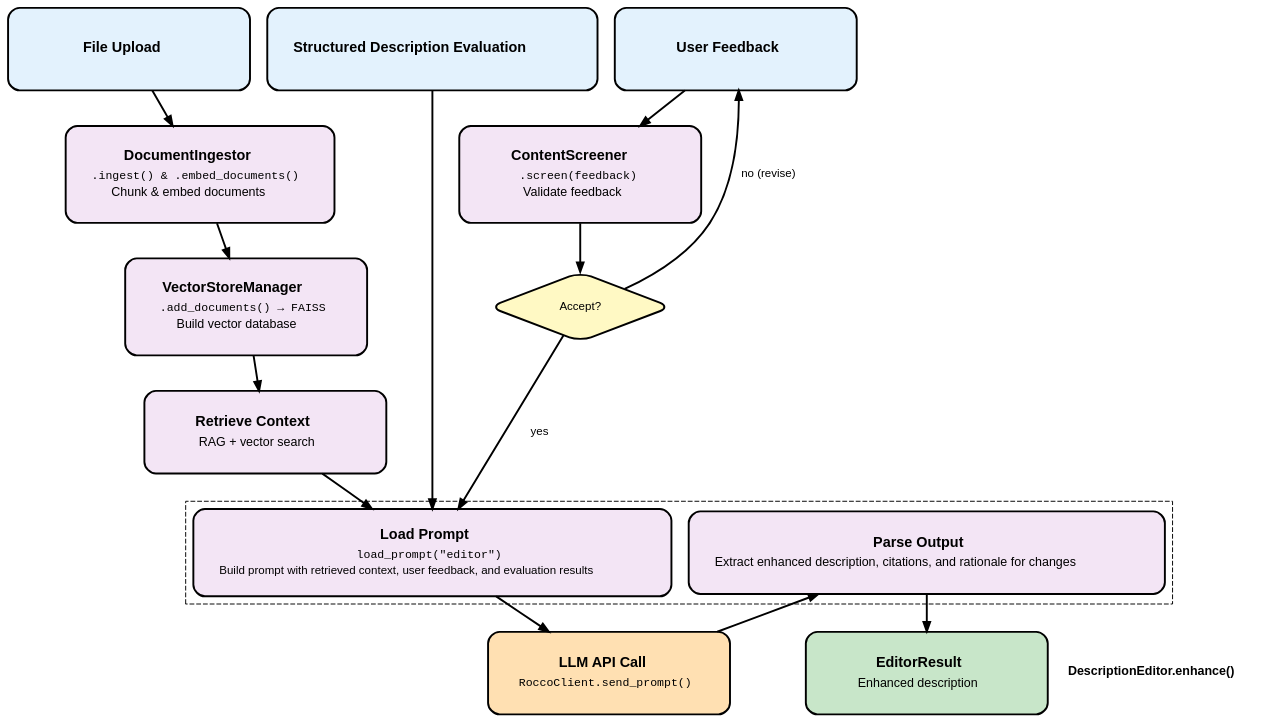
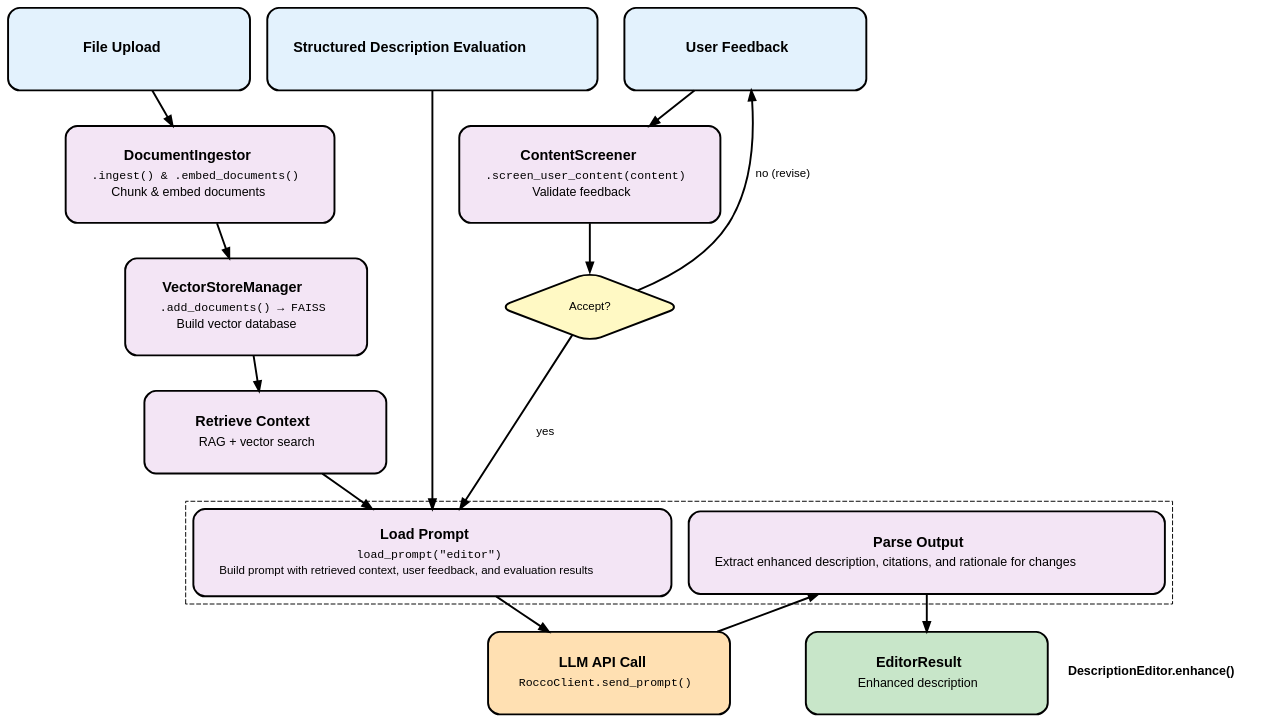
One commit to digital-porous-media/dpm_rocco_curator changed the third of 4 diagrams in docs/developer_guide/architecture.rst. Above: the diagram before and after it, drawn with Graphviz. The commit also changed other lines of this file and 15 other files, not shown here.

```diff
--- a/docs/developer_guide/architecture.rst
+++ b/docs/developer_guide/architecture.rst
@@ -442,7 +442,7 @@
               label=<
                   <TABLE BORDER="0" CELLBORDER="0" CELLSPACING="0">
                       <TR><TD><B><FONT POINT-SIZE="15">ContentScreener</FONT></B></TD></TR>
-                      <TR><TD><FONT FACE="monospace" POINT-SIZE="12">.screen(feedback)</FONT></TD></TR>
+                      <TR><TD><FONT FACE="monospace" POINT-SIZE="12">.screen_user_content(content)</FONT></TD></TR>
                       <TR><TD><FONT POINT-SIZE="13">Validate feedback</FONT></TD></TR>
                   </TABLE>
               >,
```
